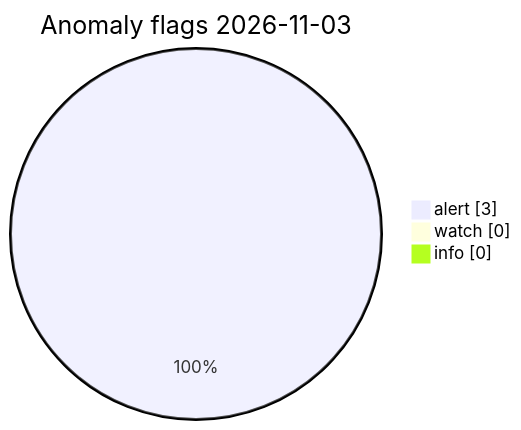
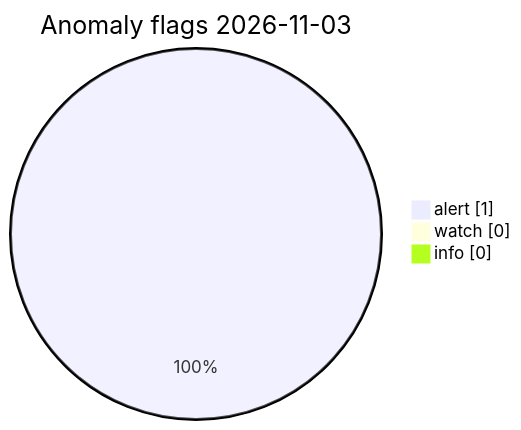
Before and after one commit to Midwest-Stratospheric/Unified-Open-Global-Weather: the diagram in visuals/latest/CHARTS.md, drawn with Mermaid. The commit also changed other lines of this file and 13 other files, not shown here.

Commit message:
data(visuals): automated charts 2026-11-03T17:17Z

````diff
--- a/visuals/latest/CHARTS.md
+++ b/visuals/latest/CHARTS.md
@@ -73,7 +73,7 @@
 ```mermaid
 pie showData
   title Anomaly flags 2026-11-03
-  "alert" : 3
+  "alert" : 1
   "watch" : 0
   "info" : 0
 ```
````
